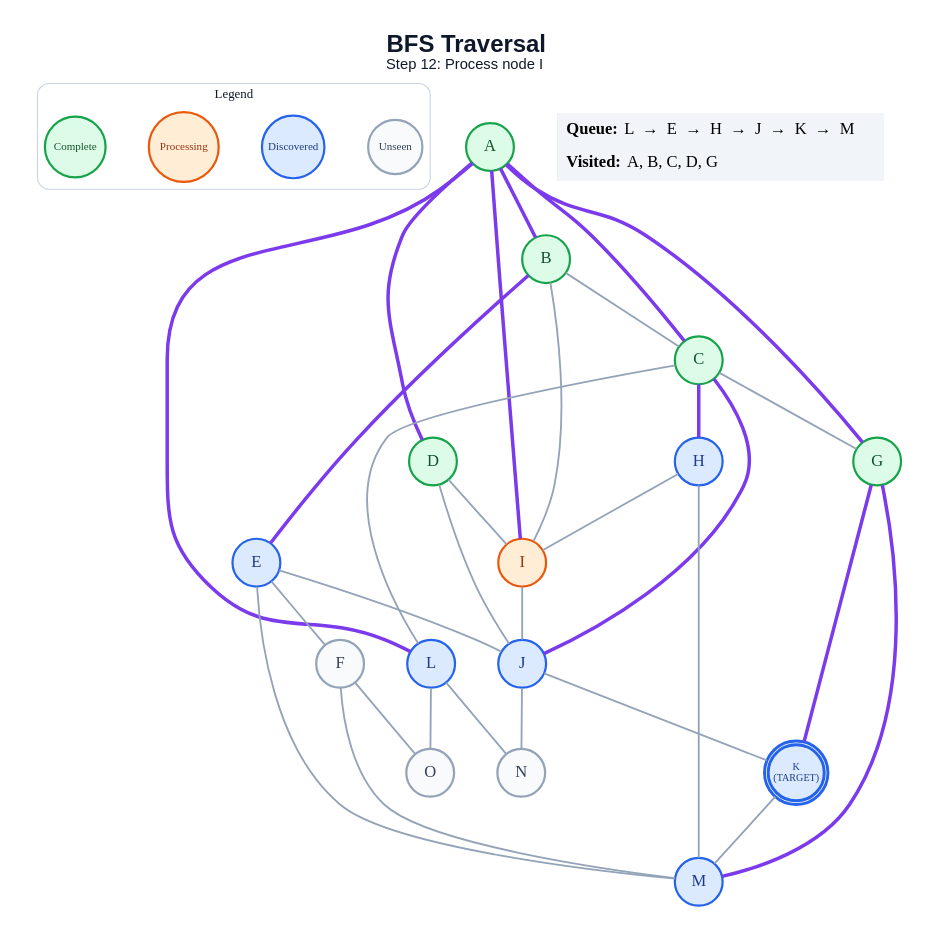
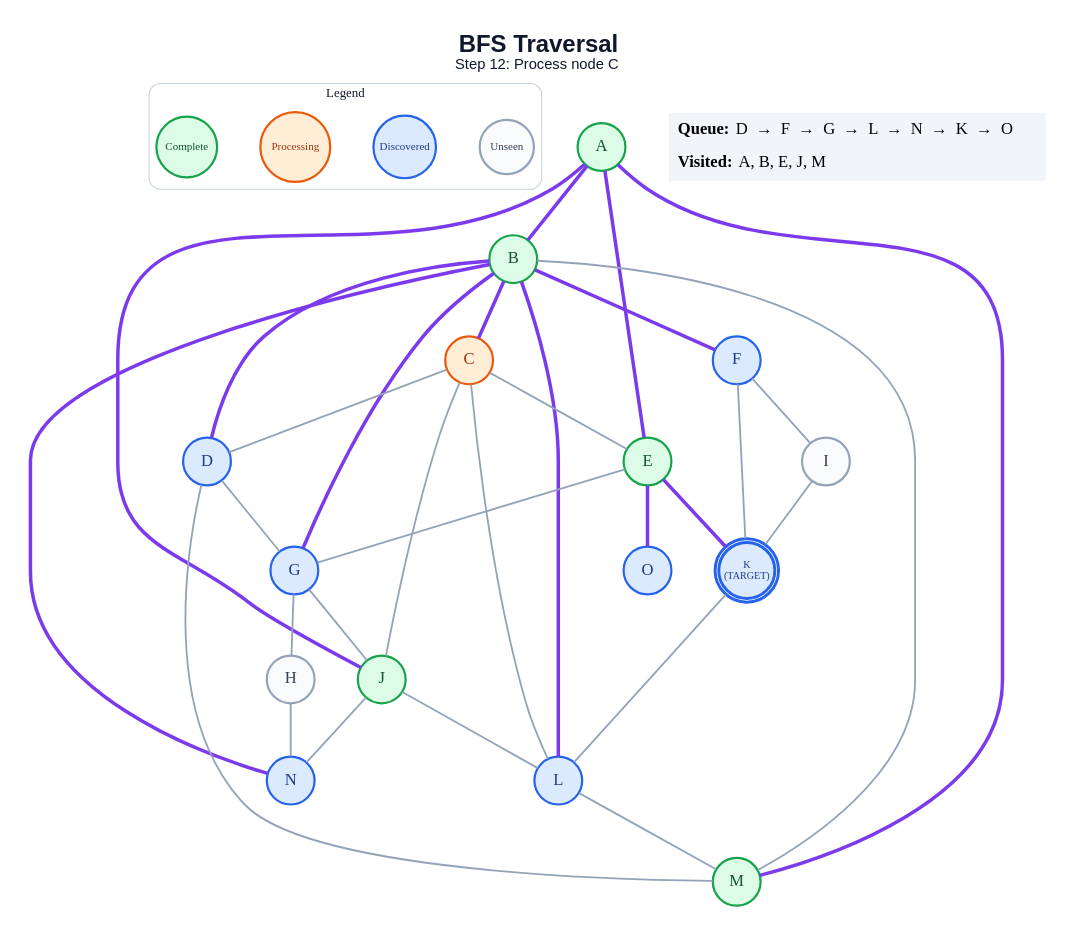
One commit to anon7238593-create/ai-slop changed the diagram in generated/bfs/step_12.dot. Above: the diagram before and after it, drawn with Graphviz. The commit also changed 235 other files, not shown here.

```diff
--- a/generated/bfs/step_12.dot
+++ b/generated/bfs/step_12.dot
@@ -1,64 +1,64 @@
 graph traversal {
   graph [layout=dot, rankdir=TB, bgcolor="#FFFFFF", pad="0.35", nodesep="0.65", ranksep="0.8", fontname="Arial"];
   node [shape=circle, style="filled", fontname="Arial Bold", fontsize=18, width=0.72, fixedsize=true, penwidth=2.4];
   edge [color="#94A3B8", penwidth=2.0];
-  label=<<B>BFS Traversal</B><BR/><FONT POINT-SIZE="16">Step 12: Process node I</FONT>>; labelloc="t"; fontsize=26; fontname="Arial"; fontcolor="#0F172A";
+  label=<<B>BFS Traversal</B><BR/><FONT POINT-SIZE="16">Step 12: Process node C</FONT>>; labelloc="t"; fontsize=26; fontname="Arial"; fontcolor="#0F172A";
   subgraph cluster_legend { label="Legend"; color="#CBD5E1"; penwidth=1.2; style="rounded"; fontsize=14; fontname="Arial Bold";
     key_unseen [label="Unseen", fillcolor="#F8FAFC", color="#94A3B8", fontcolor="#334155", fontsize=12, width=0.82];
     key_frontier [label="Discovered", fillcolor="#DBEAFE", color="#2563EB", fontcolor="#1E3A8A", fontsize=12, width=0.95];
     key_current [label="Processing", fillcolor="#FFEDD5", color="#EA580C", fontcolor="#9A3412", fontsize=12, width=1.05];
     key_done [label="Complete", fillcolor="#DCFCE7", color="#16A34A", fontcolor="#14532D", fontsize=12, width=0.92];
     { rank=same; key_unseen; key_frontier; key_current; key_done; }
   }
   A [label="A", fillcolor="#DCFCE7", color="#16A34A", fontcolor="#14532D", peripheries=1, penwidth=2.4];
   B [label="B", fillcolor="#DCFCE7", color="#16A34A", fontcolor="#14532D", peripheries=1, penwidth=2.4];
-  C [label="C", fillcolor="#DCFCE7", color="#16A34A", fontcolor="#14532D", peripheries=1, penwidth=2.4];
-  D [label="D", fillcolor="#DCFCE7", color="#16A34A", fontcolor="#14532D", peripheries=1, penwidth=2.4];
-  E [label="E", fillcolor="#DBEAFE", color="#2563EB", fontcolor="#1E3A8A", peripheries=1, penwidth=2.4];
-  F [label="F", fillcolor="#F8FAFC", color="#94A3B8", fontcolor="#334155", peripheries=1, penwidth=2.4];
-  G [label="G", fillcolor="#DCFCE7", color="#16A34A", fontcolor="#14532D", peripheries=1, penwidth=2.4];
-  H [label="H", fillcolor="#DBEAFE", color="#2563EB", fontcolor="#1E3A8A", peripheries=1, penwidth=2.4];
-  I [label="I", fillcolor="#FFEDD5", color="#EA580C", fontcolor="#9A3412", peripheries=1, penwidth=2.4];
-  J [label="J", fillcolor="#DBEAFE", color="#2563EB", fontcolor="#1E3A8A", peripheries=1, penwidth=2.4];
+  C [label="C", fillcolor="#FFEDD5", color="#EA580C", fontcolor="#9A3412", peripheries=1, penwidth=2.4];
+  D [label="D", fillcolor="#DBEAFE", color="#2563EB", fontcolor="#1E3A8A", peripheries=1, penwidth=2.4];
+  E [label="E", fillcolor="#DCFCE7", color="#16A34A", fontcolor="#14532D", peripheries=1, penwidth=2.4];
+  F [label="F", fillcolor="#DBEAFE", color="#2563EB", fontcolor="#1E3A8A", peripheries=1, penwidth=2.4];
+  G [label="G", fillcolor="#DBEAFE", color="#2563EB", fontcolor="#1E3A8A", peripheries=1, penwidth=2.4];
+  H [label="H", fillcolor="#F8FAFC", color="#94A3B8", fontcolor="#334155", peripheries=1, penwidth=2.4];
+  I [label="I", fillcolor="#F8FAFC", color="#94A3B8", fontcolor="#334155", peripheries=1, penwidth=2.4];
+  J [label="J", fillcolor="#DCFCE7", color="#16A34A", fontcolor="#14532D", peripheries=1, penwidth=2.4];
   K [label="K\n(TARGET)", fillcolor="#DBEAFE", color="#2563EB", fontcolor="#1E3A8A", peripheries=2, penwidth=3.2, fontsize=11, width=0.85, height=0.85];
   L [label="L", fillcolor="#DBEAFE", color="#2563EB", fontcolor="#1E3A8A", peripheries=1, penwidth=2.4];
-  M [label="M", fillcolor="#DBEAFE", color="#2563EB", fontcolor="#1E3A8A", peripheries=1, penwidth=2.4];
-  N [label="N", fillcolor="#F8FAFC", color="#94A3B8", fontcolor="#334155", peripheries=1, penwidth=2.4];
-  O [label="O", fillcolor="#F8FAFC", color="#94A3B8", fontcolor="#334155", peripheries=1, penwidth=2.4];
+  M [label="M", fillcolor="#DCFCE7", color="#16A34A", fontcolor="#14532D", peripheries=1, penwidth=2.4];
+  N [label="N", fillcolor="#DBEAFE", color="#2563EB", fontcolor="#1E3A8A", peripheries=1, penwidth=2.4];
+  O [label="O", fillcolor="#DBEAFE", color="#2563EB", fontcolor="#1E3A8A", peripheries=1, penwidth=2.4];
   A -- B [color="#7C3AED", penwidth=3.8];
-  A -- C [color="#7C3AED", penwidth=3.8];
-  A -- D [color="#7C3AED", penwidth=3.8];
-  A -- G [color="#7C3AED", penwidth=3.8];
-  A -- I [color="#7C3AED", penwidth=3.8];
-  A -- L [color="#7C3AED", penwidth=3.8];
-  B -- C;
-  B -- E [color="#7C3AED", penwidth=3.8];
-  B -- I;
-  C -- G;
-  C -- H [color="#7C3AED", penwidth=3.8];
-  C -- J [color="#7C3AED", penwidth=3.8];
+  A -- E [color="#7C3AED", penwidth=3.8];
+  A -- J [color="#7C3AED", penwidth=3.8];
+  A -- M [color="#7C3AED", penwidth=3.8];
+  B -- C [color="#7C3AED", penwidth=3.8];
+  B -- D [color="#7C3AED", penwidth=3.8];
+  B -- F [color="#7C3AED", penwidth=3.8];
+  B -- G [color="#7C3AED", penwidth=3.8];
+  B -- L [color="#7C3AED", penwidth=3.8];
+  B -- M;
+  B -- N [color="#7C3AED", penwidth=3.8];
+  C -- D;
+  C -- E;
+  C -- J;
   C -- L;
-  D -- I;
-  D -- J;
-  E -- F;
-  E -- J;
-  E -- M;
-  F -- M;
-  F -- O;
-  G -- K [color="#7C3AED", penwidth=3.8];
-  G -- M [color="#7C3AED", penwidth=3.8];
-  H -- I;
-  H -- M;
-  I -- J;
-  J -- K;
+  D -- G;
+  D -- M;
+  E -- G;
+  E -- K [color="#7C3AED", penwidth=3.8];
+  E -- O [color="#7C3AED", penwidth=3.8];
+  F -- I;
+  F -- K;
+  G -- H;
+  G -- J;
+  H -- N;
+  I -- K;
+  J -- L;
   J -- N;
-  K -- M;
-  L -- N;
-  L -- O;
+  K -- L;
+  L -- M;
   status [shape=plain, fixedsize=false, width=0, height=0, margin=0, label=<
     <TABLE BORDER="0" CELLBORDER="0" CELLPADDING="7" BGCOLOR="#F1F5F9">
-      <TR><TD ALIGN="LEFT"><B>Queue:</B> L  →  E  →  H  →  J  →  K  →  M</TD></TR>
-      <TR><TD ALIGN="LEFT"><B>Visited:</B> A, B, C, D, G</TD></TR>
+      <TR><TD ALIGN="LEFT"><B>Queue:</B> D  →  F  →  G  →  L  →  N  →  K  →  O</TD></TR>
+      <TR><TD ALIGN="LEFT"><B>Visited:</B> A, B, E, J, M</TD></TR>
     </TABLE>
   >];
 }
```
